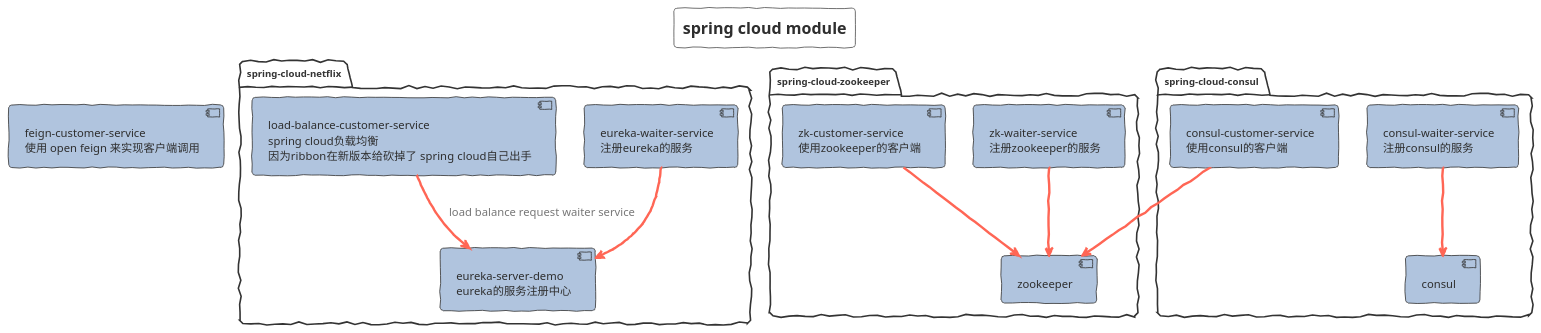
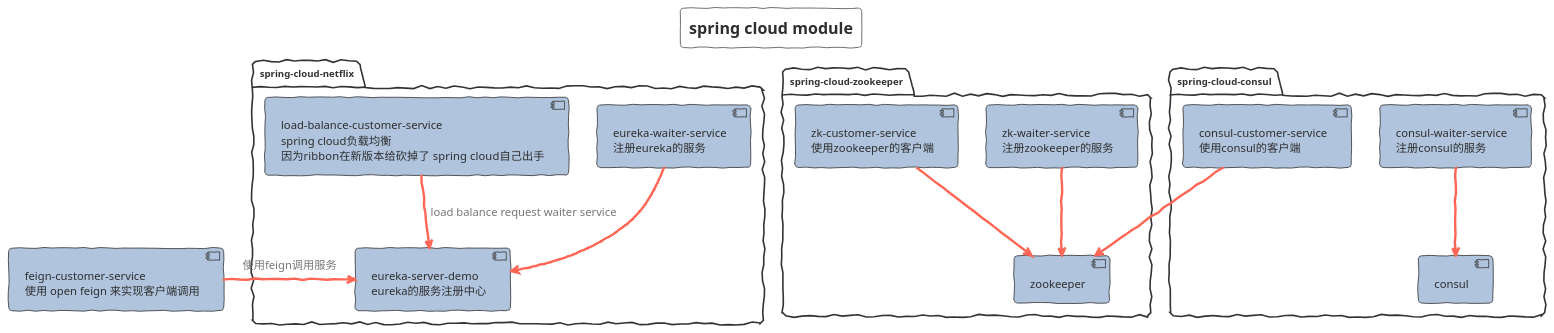
The diagram in spring-cloud-study/Module.puml (FantasybabyChange/springStudyProject), drawn with PlantUML before and after one commit. The commit also changed 1 other file, not shown here.

```diff
--- a/spring-cloud-study/Module.puml
+++ b/spring-cloud-study/Module.puml
@@ -1,69 +1,70 @@
 @startuml SPRING_CLOUD_STUDY_MODULE
 !theme sketchy-outline
 title spring cloud module
 skinparam interface {
 }
 skinparam component {
    backgroundColor LightSteelBlue
    FontSize 14
    ArrowFontSize 14
    ArrowFontColor #777777
    ArrowColor #FF6655
 }
 package "spring-cloud-netflix"{
    component esd[
    eureka-server-demo
    eureka的服务注册中心
    ]
 
    component ews[
    eureka-waiter-service
    注册eureka的服务
    ]
    component lbcs[
    load-balance-customer-service
    spring cloud负载均衡
    因为ribbon在新版本给砍掉了  spring cloud自己出手
    ]
    ews --> esd
    lbcs --> esd:load balance request waiter service
 }
 component fcs[
    feign-customer-service
    使用 open feign 来实现客户端调用
 ]
+ fcs->esd:使用feign调用服务
 
 package "spring-cloud-zookeeper"{
    component zk[
    zookeeper
    ]
    component zws[
    zk-waiter-service
    注册zookeeper的服务
    ]
 
    component zcs[
    zk-customer-service
    使用zookeeper的客户端
    ]
    zws --> zk
    zcs --> zk
 }
 
 package "spring-cloud-consul"{
    component cs[
    consul
    ]
    component cws[
    consul-waiter-service
    注册consul的服务
    ]
 
    component ccs[
    consul-customer-service
    使用consul的客户端
    ]
    cws --> cs
    ccs --> zk
 }
 @enduml
```
